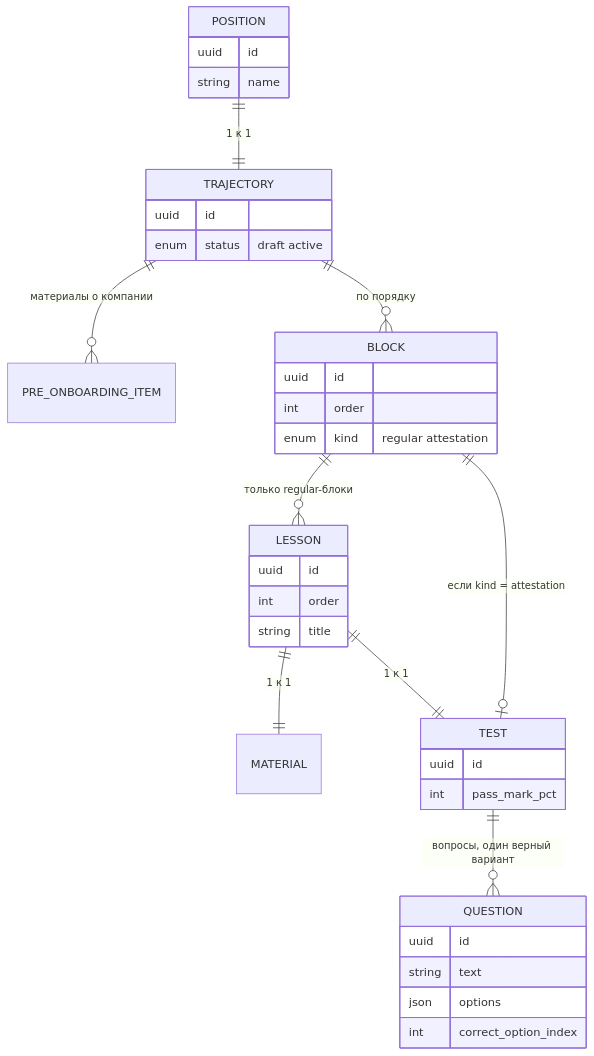
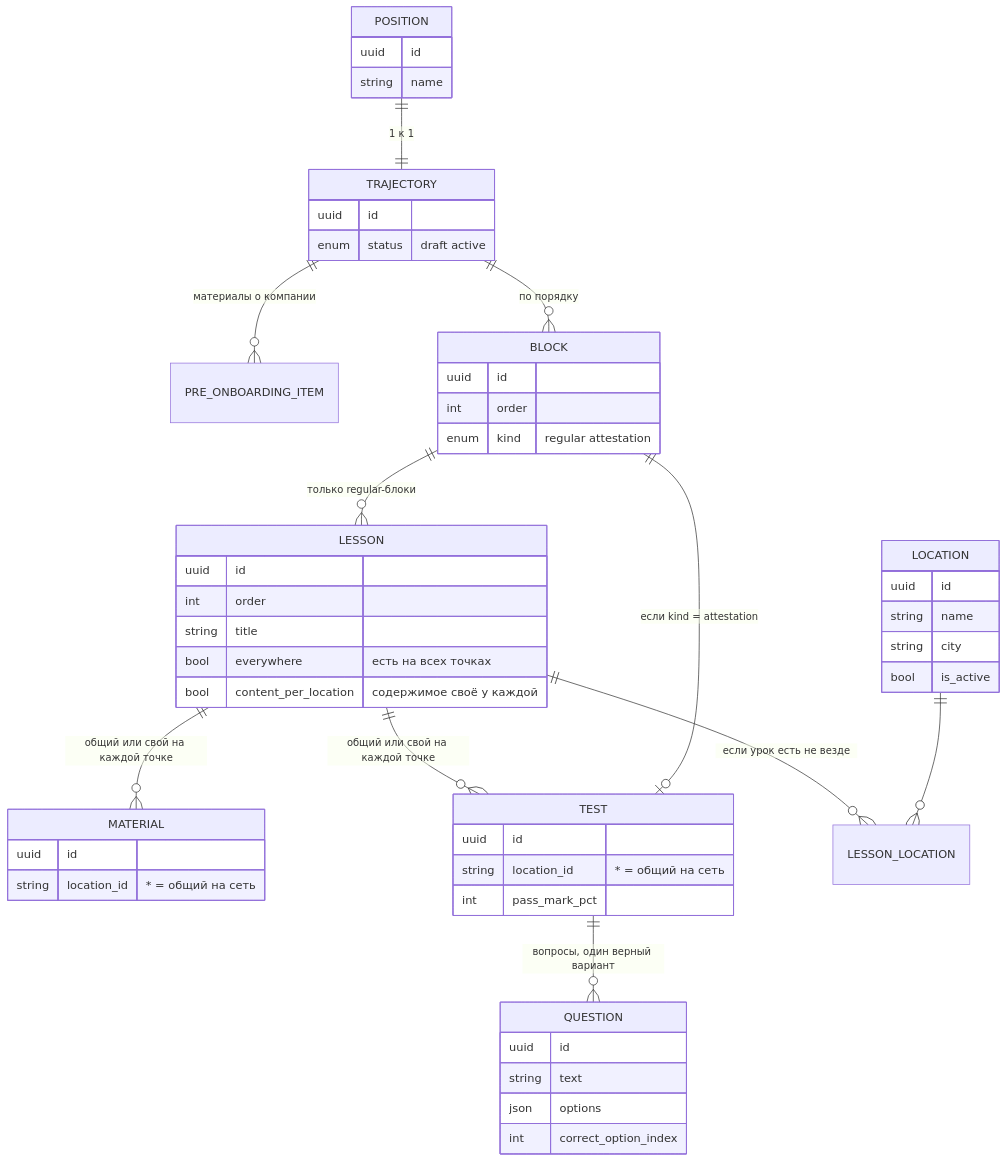
Before and after one commit to meirshon999/hr-lms: the diagram in diagrams/src/02-er-content.mmd, drawn with Mermaid. The commit also changed 18 other files, not shown here.

First line of the commit message:
Канон под новую модель: LOGIC, схемы, спецификация API

```diff
--- a/diagrams/src/02-er-content.mmd
+++ b/diagrams/src/02-er-content.mmd
@@ -1,37 +1,52 @@
 erDiagram
     POSITION ||--|| TRAJECTORY : "1 к 1"
     TRAJECTORY ||--o{ PRE_ONBOARDING_ITEM : "материалы о компании"
     TRAJECTORY ||--o{ BLOCK : "по порядку"
     BLOCK ||--o{ LESSON : "только regular-блоки"
-    LESSON ||--|| MATERIAL : "1 к 1"
-    LESSON ||--|| TEST : "1 к 1"
+    LESSON ||--o{ MATERIAL : "общий или свой на каждой точке"
+    LESSON ||--o{ TEST : "общий или свой на каждой точке"
+    LESSON ||--o{ LESSON_LOCATION : "если урок есть не везде"
+    LOCATION ||--o{ LESSON_LOCATION : ""
     BLOCK ||--o| TEST : "если kind = attestation"
     TEST ||--o{ QUESTION : "вопросы, один верный вариант"
     POSITION {
       uuid id
       string name
+    }
+    LOCATION {
+      uuid id
+      string name
+      string city
+      bool is_active
     }
     TRAJECTORY {
       uuid id
       enum status "draft active"
     }
     BLOCK {
       uuid id
       int order
       enum kind "regular attestation"
     }
     LESSON {
       uuid id
       int order
       string title
+      bool everywhere "есть на всех точках"
+      bool content_per_location "содержимое своё у каждой"
+    }
+    MATERIAL {
+      uuid id
+      string location_id "* = общий на сеть"
     }
     TEST {
       uuid id
+      string location_id "* = общий на сеть"
       int pass_mark_pct
     }
     QUESTION {
       uuid id
       string text
       json options
       int correct_option_index
     }
```
